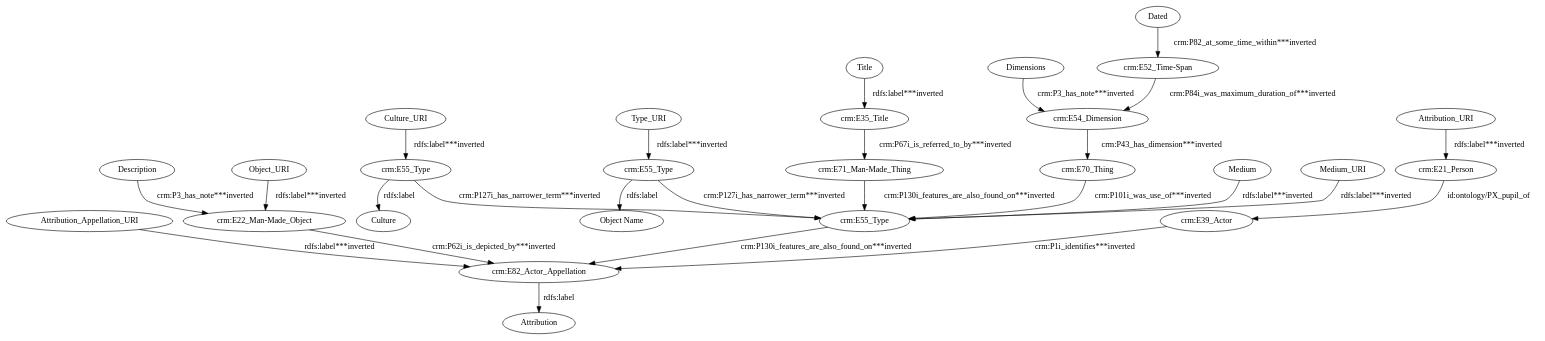
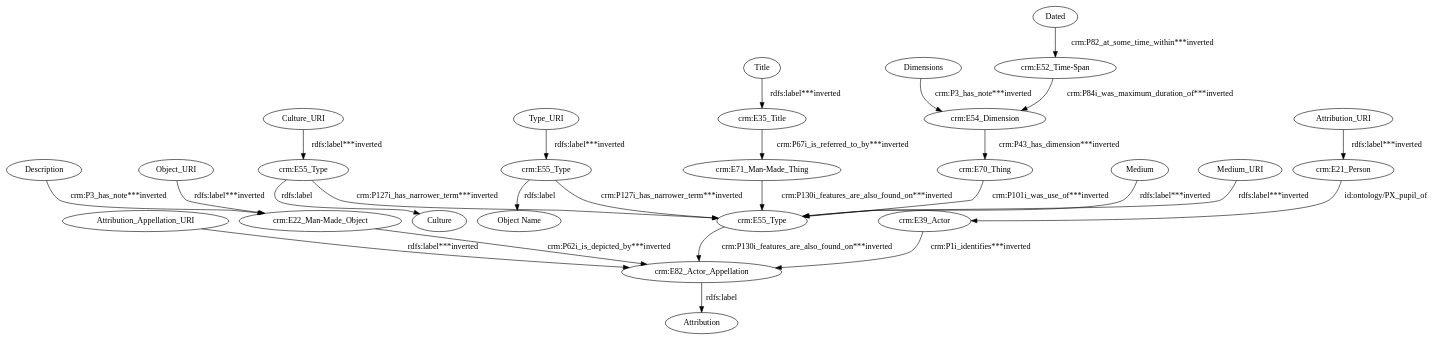
The diagram in data/taheriyan2016/task_02/semantic_models/steiner/dot/s29-gilcrease.dot (giuseppefutia/semi), drawn with Graphviz before and after one commit. The commit also changed 223 other files, not shown here.

```diff
--- a/data/taheriyan2016/task_02/semantic_models/steiner/dot/s29-gilcrease.dot
+++ b/data/taheriyan2016/task_02/semantic_models/steiner/dot/s29-gilcrease.dot
@@ -1,53 +1,53 @@
 digraph {
   Attribution_Appellation_URI [type=attribute_name,label=Attribution_Appellation_URI]
   "crm:E82_Actor_Appellation1" [type=class_uri,label="crm:E82_Actor_Appellation"]
   Attribution_URI [type=attribute_name,label=Attribution_URI]
   "crm:E21_Person1" [type=class_uri,label="crm:E21_Person"]
   Culture_URI [type=attribute_name,label=Culture_URI]
   "crm:E55_Type1" [type=class_uri,label="crm:E55_Type"]
   Dated [type=attribute_name,label=Dated]
   "crm:E52_Time-Span1" [type=class_uri,label="crm:E52_Time-Span"]
   Description [type=attribute_name,label=Description]
   "crm:E22_Man-Made_Object1" [type=class_uri,label="crm:E22_Man-Made_Object"]
   Dimensions [type=attribute_name,label=Dimensions]
   "crm:E54_Dimension1" [type=class_uri,label="crm:E54_Dimension"]
   Medium [type=attribute_name,label=Medium]
   "crm:E55_Type3" [type=class_uri,label="crm:E55_Type"]
   Medium_URI [type=attribute_name,label=Medium_URI]
   Object_URI [type=attribute_name,label=Object_URI]
   Title [type=attribute_name,label=Title]
   "crm:E35_Title1" [type=class_uri,label="crm:E35_Title"]
   Type_URI [type=attribute_name,label=Type_URI]
   "crm:E55_Type2" [type=class_uri,label="crm:E55_Type"]
   "crm:E39_Actor" [type=class_uri,label="crm:E39_Actor"]
   "crm:E71_Man-Made_Thing" [type=class_uri,label="crm:E71_Man-Made_Thing"]
   "crm:E70_Thing" [type=class_uri,label="crm:E70_Thing"]
   Culture [type=attribute_name,label=Culture]
   "Object Name" [type=attribute_name,label="Object Name"]
   Attribution [type=attribute_name,label=Attribution]
-  Attribution_Appellation_URI -> "crm:E82_Actor_Appellation1" [type=st_property_uri,label="rdfs:label***inverted"]
-  Attribution_URI -> "crm:E21_Person1" [type=st_property_uri,label="rdfs:label***inverted"]
-  Culture_URI -> "crm:E55_Type1" [type=st_property_uri,label="rdfs:label***inverted"]
-  Dated -> "crm:E52_Time-Span1" [type=st_property_uri,label="crm:P82_at_some_time_within***inverted"]
-  Description -> "crm:E22_Man-Made_Object1" [type=st_property_uri,label="crm:P3_has_note***inverted"]
-  Dimensions -> "crm:E54_Dimension1" [type=st_property_uri,label="crm:P3_has_note***inverted"]
-  Medium -> "crm:E55_Type3" [type=st_property_uri,label="rdfs:label***inverted"]
-  Medium_URI -> "crm:E55_Type3" [type=st_property_uri,label="rdfs:label***inverted"]
-  Object_URI -> "crm:E22_Man-Made_Object1" [type=st_property_uri,label="rdfs:label***inverted"]
-  Title -> "crm:E35_Title1" [type=st_property_uri,label="rdfs:label***inverted"]
-  Type_URI -> "crm:E55_Type2" [type=st_property_uri,label="rdfs:label***inverted"]
-  "crm:E21_Person1" -> "crm:E39_Actor" [label="id:ontology/PX_pupil_of",type=direct_property_uri]
-  "crm:E22_Man-Made_Object1" -> "crm:E82_Actor_Appellation1" [type=inherited,label="crm:P62i_is_depicted_by***inverted"]
-  "crm:E35_Title1" -> "crm:E71_Man-Made_Thing" [type=inherited,label="crm:P67i_is_referred_to_by***inverted"]
-  "crm:E39_Actor" -> "crm:E82_Actor_Appellation1" [type=inherited,label="crm:P1i_identifies***inverted"]
-  "crm:E52_Time-Span1" -> "crm:E54_Dimension1" [type=direct_property_uri,label="crm:P84i_was_maximum_duration_of***inverted"]
-  "crm:E54_Dimension1" -> "crm:E70_Thing" [type=direct_property_uri,label="crm:P43_has_dimension***inverted"]
+  Attribution_Appellation_URI -> "crm:E82_Actor_Appellation1" [type=st_property_uri,label="rdfs:label***inverted",weight=1]
+  Attribution_URI -> "crm:E21_Person1" [type=st_property_uri,label="rdfs:label***inverted",weight=1]
+  Culture_URI -> "crm:E55_Type1" [type=st_property_uri,label="rdfs:label***inverted",weight=1]
+  Dated -> "crm:E52_Time-Span1" [type=st_property_uri,label="crm:P82_at_some_time_within***inverted",weight=1]
+  Description -> "crm:E22_Man-Made_Object1" [type=st_property_uri,label="crm:P3_has_note***inverted",weight=1]
+  Dimensions -> "crm:E54_Dimension1" [type=st_property_uri,label="crm:P3_has_note***inverted",weight=1]
+  Medium -> "crm:E55_Type3" [type=st_property_uri,label="rdfs:label***inverted",weight=1]
+  Medium_URI -> "crm:E55_Type3" [type=st_property_uri,label="rdfs:label***inverted",weight=1]
+  Object_URI -> "crm:E22_Man-Made_Object1" [type=st_property_uri,label="rdfs:label***inverted",weight=1]
+  Title -> "crm:E35_Title1" [type=st_property_uri,label="rdfs:label***inverted",weight=1]
+  Type_URI -> "crm:E55_Type2" [type=st_property_uri,label="rdfs:label***inverted",weight=1]
+  "crm:E21_Person1" -> "crm:E39_Actor" [label="id:ontology/PX_pupil_of",type=direct_property_uri,weight=1]
+  "crm:E22_Man-Made_Object1" -> "crm:E82_Actor_Appellation1" [type=inherited,label="crm:P62i_is_depicted_by***inverted",weight=4]
+  "crm:E35_Title1" -> "crm:E71_Man-Made_Thing" [type=inherited,label="crm:P67i_is_referred_to_by***inverted",weight=4]
+  "crm:E39_Actor" -> "crm:E82_Actor_Appellation1" [type=inherited,label="crm:P1i_identifies***inverted",weight=4]
+  "crm:E52_Time-Span1" -> "crm:E54_Dimension1" [type=direct_property_uri,label="crm:P84i_was_maximum_duration_of***inverted",weight=1]
+  "crm:E54_Dimension1" -> "crm:E70_Thing" [type=direct_property_uri,label="crm:P43_has_dimension***inverted",weight=1]
   "crm:E55_Type1" -> Culture [label="rdfs:label",type=st_property_uri]
-  "crm:E55_Type1" -> "crm:E55_Type3" [type=direct_property_uri,label="crm:P127i_has_narrower_term***inverted"]
+  "crm:E55_Type1" -> "crm:E55_Type3" [type=direct_property_uri,label="crm:P127i_has_narrower_term***inverted",weight=1]
   "crm:E55_Type2" -> "Object Name" [label="rdfs:label",type=st_property_uri]
-  "crm:E55_Type2" -> "crm:E55_Type3" [type=direct_property_uri,label="crm:P127i_has_narrower_term***inverted"]
-  "crm:E55_Type3" -> "crm:E82_Actor_Appellation1" [type=inherited,label="crm:P130i_features_are_also_found_on***inverted"]
-  "crm:E70_Thing" -> "crm:E55_Type3" [type=direct_property_uri,label="crm:P101i_was_use_of***inverted"]
-  "crm:E71_Man-Made_Thing" -> "crm:E55_Type3" [type=inherited,label="crm:P130i_features_are_also_found_on***inverted"]
+  "crm:E55_Type2" -> "crm:E55_Type3" [type=direct_property_uri,label="crm:P127i_has_narrower_term***inverted",weight=1]
+  "crm:E55_Type3" -> "crm:E82_Actor_Appellation1" [type=inherited,label="crm:P130i_features_are_also_found_on***inverted",weight=4]
+  "crm:E70_Thing" -> "crm:E55_Type3" [type=direct_property_uri,label="crm:P101i_was_use_of***inverted",weight=1]
+  "crm:E71_Man-Made_Thing" -> "crm:E55_Type3" [type=inherited,label="crm:P130i_features_are_also_found_on***inverted",weight=4]
   "crm:E82_Actor_Appellation1" -> Attribution [label="rdfs:label",type=st_property_uri]
 }
```
